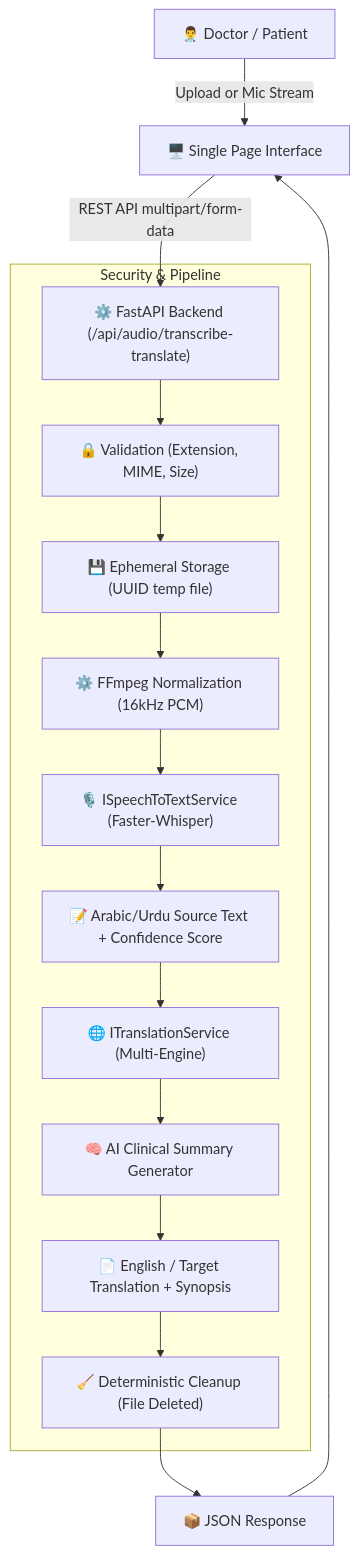
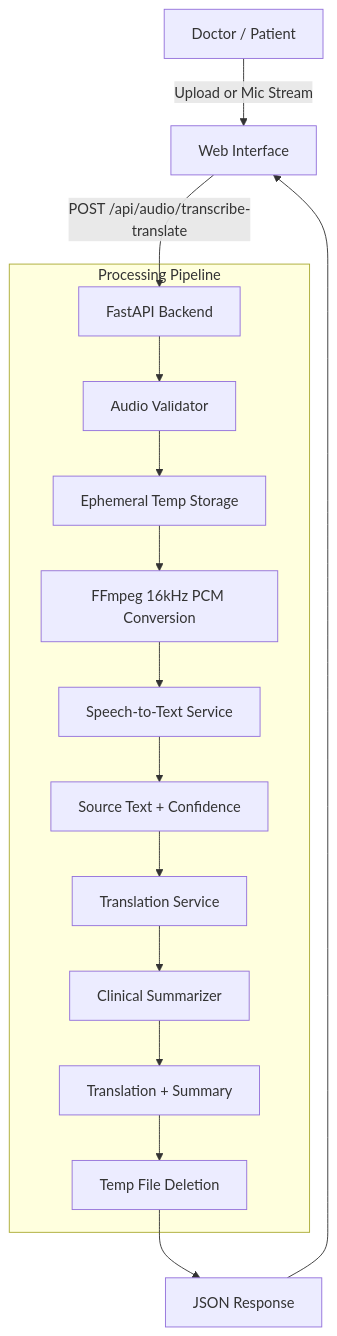
One commit to zuha16817/doctor-audio-translator changed the diagram in README.md. Above: the diagram before and after it, drawn with Mermaid. The commit also changed other lines of this file and 2 other files, not shown here.

````diff
--- a/README.md
+++ b/README.md
@@ -25,20 +16,20 @@
 ```mermaid
 graph TD
-    User["👨‍⚕️ Doctor / Patient"] -->|Upload or Mic Stream| UI["🖥️ Single Page Interface"]
-    UI -->|REST API multipart/form-data| Backend["⚙️ FastAPI Backend (/api/audio/transcribe-translate)"]
+    User[Doctor / Patient] -->|Upload or Mic Stream| UI[Web Interface]
+    UI -->|POST /api/audio/transcribe-translate| Backend[FastAPI Backend]
     
-    subgraph Security & Pipeline
-        Backend --> Validate["🔒 Validation (Extension, MIME, Size)"]
-        Validate --> Ephemeral["💾 Ephemeral Storage (UUID temp file)"]
-        Ephemeral --> Preprocess["⚙️ FFmpeg Normalization (16kHz PCM)"]
-        Preprocess --> STT["🎙️ ISpeechToTextService (Faster-Whisper)"]
-        STT --> Trans["📝 Arabic/Urdu Source Text + Confidence Score"]
-        Trans --> Translate["🌐 ITranslationService (Multi-Engine)"]
-        Translate --> Summary["🧠 AI Clinical Summary Generator"]
-        Summary --> Result["📄 English / Target Translation + Synopsis"]
-        Result --> Cleanup["🧹 Deterministic Cleanup (File Deleted)"]
+    subgraph Processing Pipeline
+        Backend --> Validator[Audio Validator]
+        Validator --> TempStore[Ephemeral Temp Storage]
+        TempStore --> Preprocess[FFmpeg 16kHz PCM Conversion]
+        Preprocess --> STT[Speech-to-Text Service]
+        STT --> Trans[Source Text + Confidence]
+        Trans --> Translator[Translation Service]
+        Translator --> Summarizer[Clinical Summarizer]
+        Summarizer --> Result[Translation + Summary]
+        Result --> Cleanup[Temp File Deletion]
     end
     
-    Cleanup --> Response["📦 JSON Response"]
+    Cleanup --> Response[JSON Response]
     Response --> UI
 ```
````
